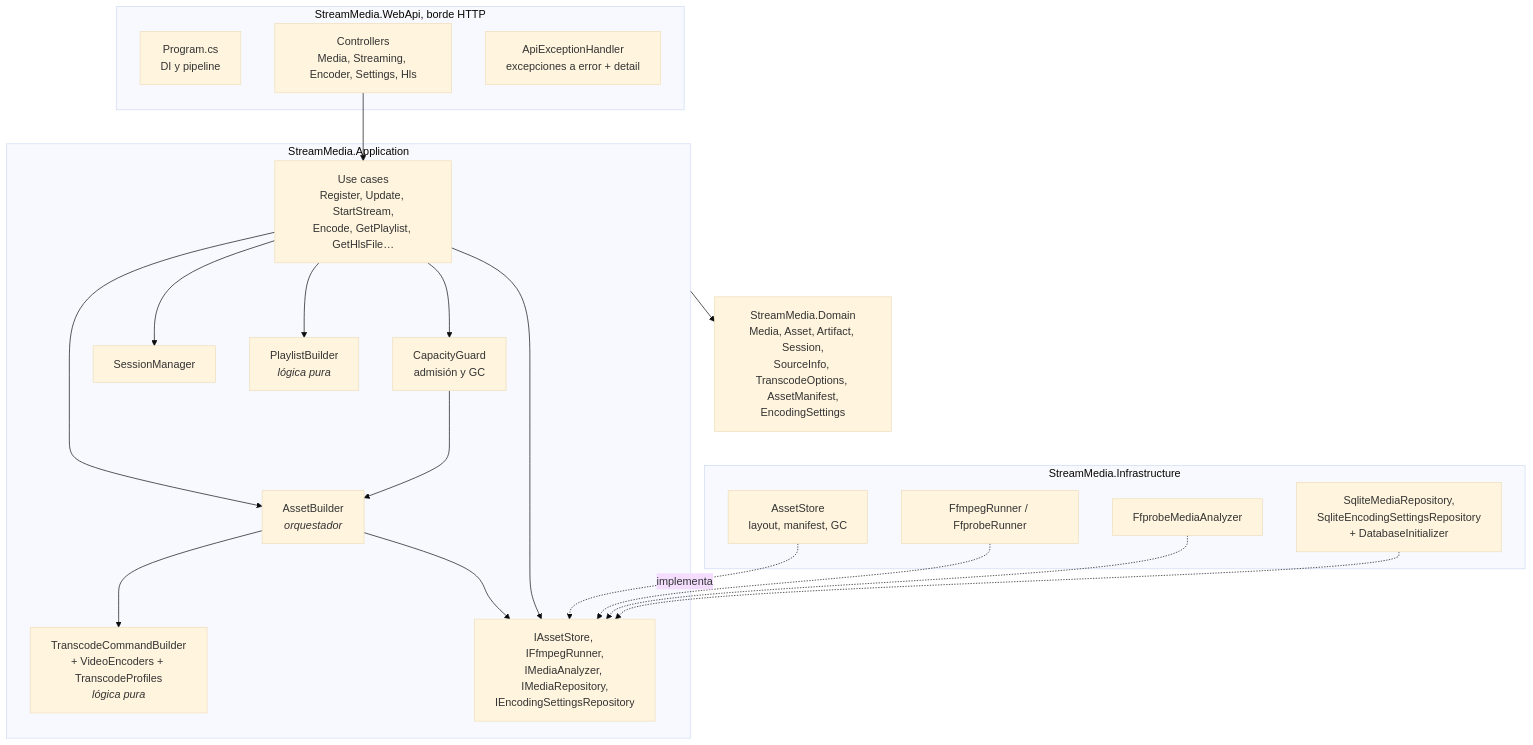
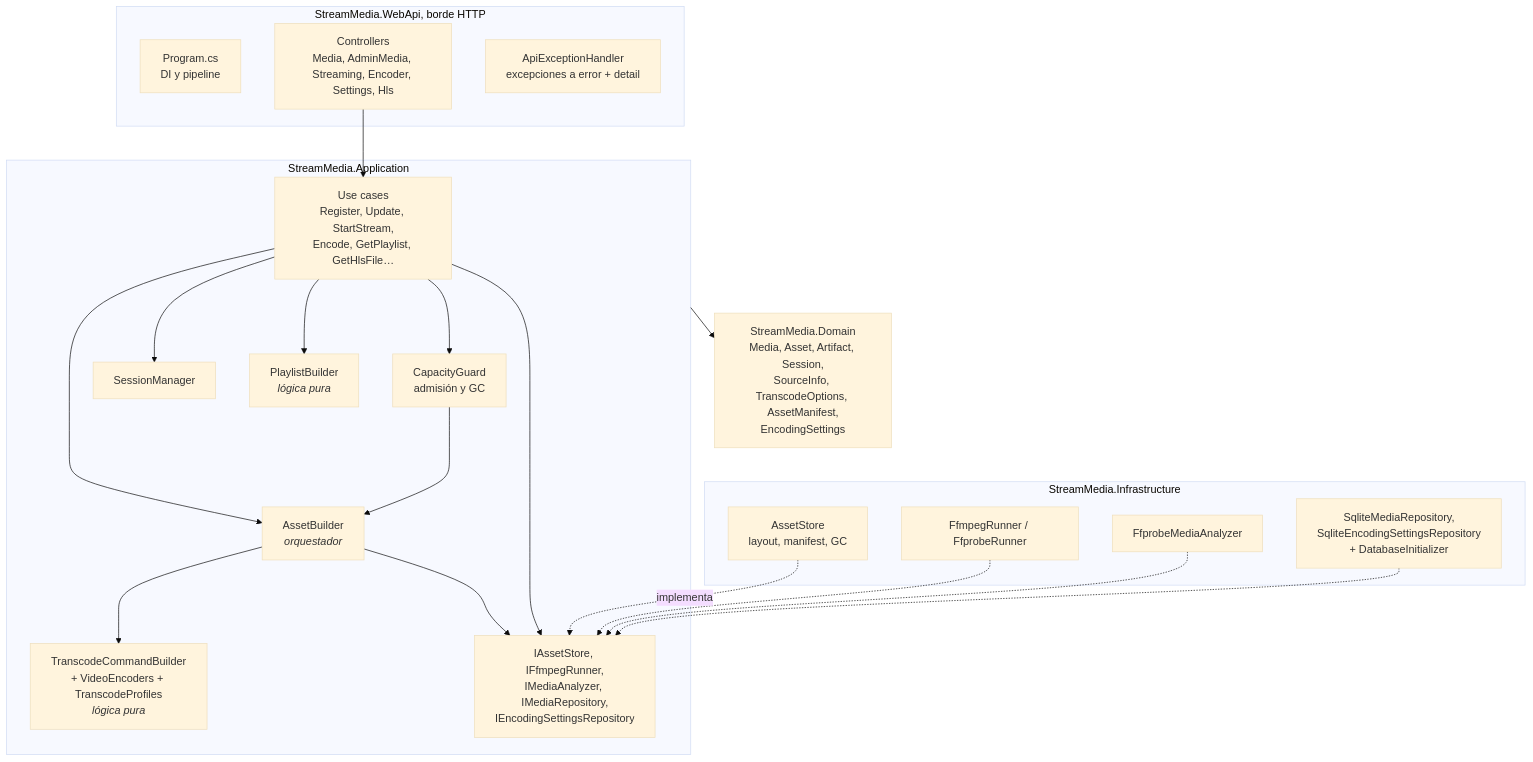
The third of 15 diagrams in system_arquitecture.md (Juan045/home-stream-app), drawn with Mermaid (base theme) before and after one commit. The commit also changed other lines of this file and 14 other files, not shown here.

````diff
--- a/system_arquitecture.md
+++ b/system_arquitecture.md
@@ -123,42 +123,42 @@
 ```mermaid
 flowchart TB
     subgraph web["StreamMedia.WebApi, borde HTTP"]
         PROG["Program.cs<br/>DI y pipeline"]
-        CTRL["Controllers<br/>Media, Streaming, Encoder, Settings, Hls"]
+        CTRL["Controllers<br/>Media, AdminMedia, Streaming, Encoder, Settings, Hls"]
         ERR["ApiExceptionHandler<br/>excepciones a error + detail"]
     end
 
     subgraph app["StreamMedia.Application"]
         UC["Use cases<br/>Register, Update, StartStream,<br/>Encode, GetPlaylist, GetHlsFile…"]
         BUILDER["AssetBuilder<br/><i>orquestador</i>"]
         GUARD["CapacityGuard<br/>admisión y GC"]
         SESS["SessionManager"]
         PLAY["PlaylistBuilder<br/><i>lógica pura</i>"]
         CMD["TranscodeCommandBuilder<br/>+ VideoEncoders + TranscodeProfiles<br/><i>lógica pura</i>"]
         IFACES["IAssetStore, IFfmpegRunner,<br/>IMediaAnalyzer, IMediaRepository,<br/>IEncodingSettingsRepository"]
     end
 
     subgraph inf["StreamMedia.Infrastructure"]
         STORE["AssetStore<br/>layout, manifest, GC"]
         RUN["FfmpegRunner / FfprobeRunner"]
         ANALYZ["FfprobeMediaAnalyzer"]
         REPO["SqliteMediaRepository,<br/>SqliteEncodingSettingsRepository<br/>+ DatabaseInitializer"]
     end
 
     DOM["StreamMedia.Domain<br/>Media, Asset, Artifact, Session,<br/>SourceInfo, TranscodeOptions, AssetManifest,<br/>EncodingSettings"]
 
     CTRL --> UC
     UC --> BUILDER
     UC --> GUARD
     UC --> SESS
     UC --> PLAY
     GUARD --> BUILDER
     BUILDER --> CMD
     BUILDER --> IFACES
     UC --> IFACES
     STORE -.->|"implementa"| IFACES
     RUN -.-> IFACES
     ANALYZ -.-> IFACES
     REPO -.-> IFACES
     app --> DOM
 ```
````
